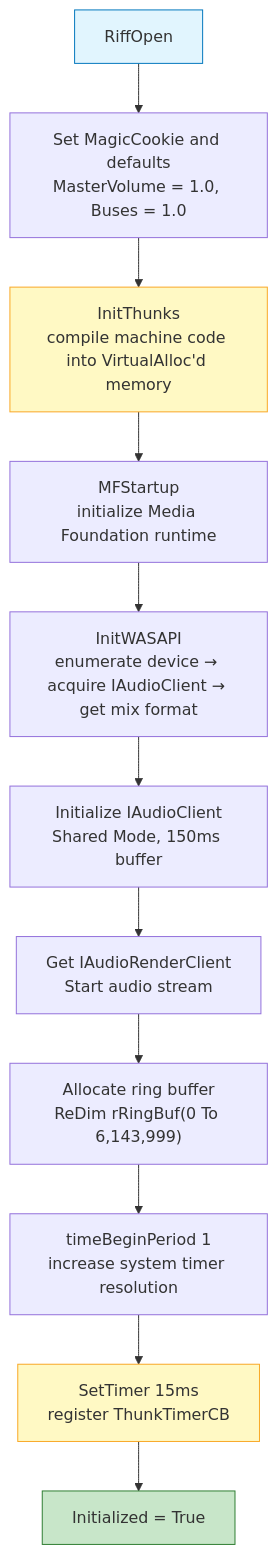
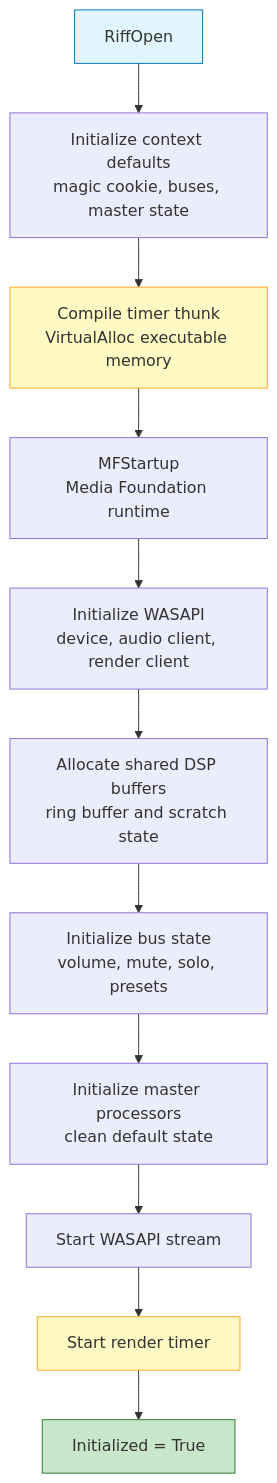
One commit to vbacollective/riff changed the second of 8 diagrams in docs/ARCHITECTURE.md. Above: the diagram before and after it, drawn with Mermaid. The commit also changed other lines of this file, not shown here.

````diff
--- a/docs/ARCHITECTURE.md
+++ b/docs/ARCHITECTURE.md
@@ -167,21 +275,21 @@
 ```mermaid
 graph TD
-    A[RiffOpen]
-    B["Set MagicCookie and defaults<br/>MasterVolume = 1.0, Buses = 1.0"]
-    C["InitThunks<br/>compile machine code into VirtualAlloc'd memory"]
-    D["MFStartup<br/>initialize Media Foundation runtime"]
-    E["InitWASAPI<br/>enumerate device → acquire IAudioClient → get mix format"]
-    F["Initialize IAudioClient<br/>Shared Mode, 150ms buffer"]
-    G["Get IAudioRenderClient<br/>Start audio stream"]
-    H["Allocate ring buffer<br/>ReDim rRingBuf(0 To 6,143,999)"]
-    I["timeBeginPeriod 1<br/>increase system timer resolution"]
-    J["SetTimer 15ms<br/>register ThunkTimerCB"]
+    A["RiffOpen"]
+    B["Initialize context defaults<br/>magic cookie, buses, master state"]
+    C["Compile timer thunk<br/>VirtualAlloc executable memory"]
+    D["MFStartup<br/>Media Foundation runtime"]
+    E["Initialize WASAPI<br/>device, audio client, render client"]
+    F["Allocate shared DSP buffers<br/>ring buffer and scratch state"]
+    G["Initialize bus state<br/>volume, mute, solo, presets"]
+    H["Initialize master processors<br/>clean default state"]
+    I["Start WASAPI stream"]
+    J["Start render timer"]
     K["Initialized = True"]
 
     A --> B --> C --> D --> E --> F --> G --> H --> I --> J --> K
 
     style A fill:#e1f5fe,stroke:#0277bd
     style K fill:#c8e6c9,stroke:#2e7d32
     style C fill:#fff9c4,stroke:#f9a825
     style J fill:#fff9c4,stroke:#f9a825
 ```
````
